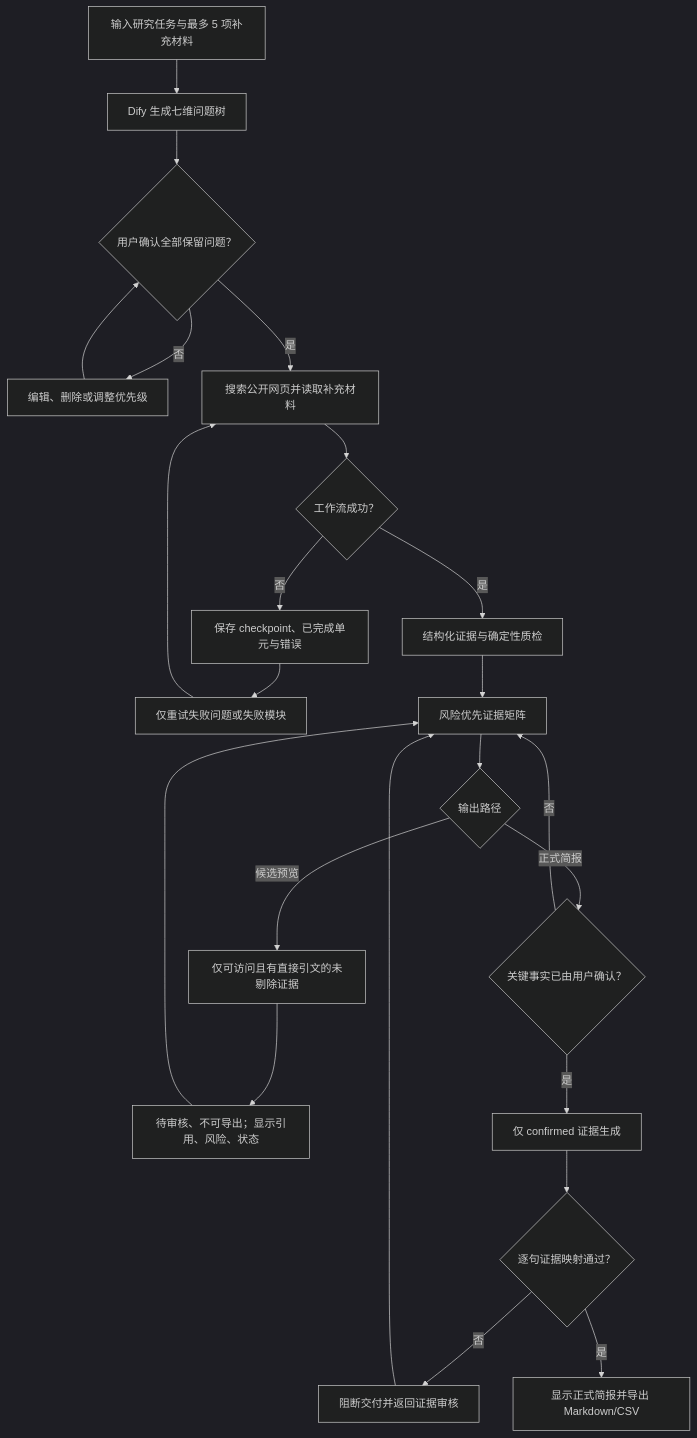
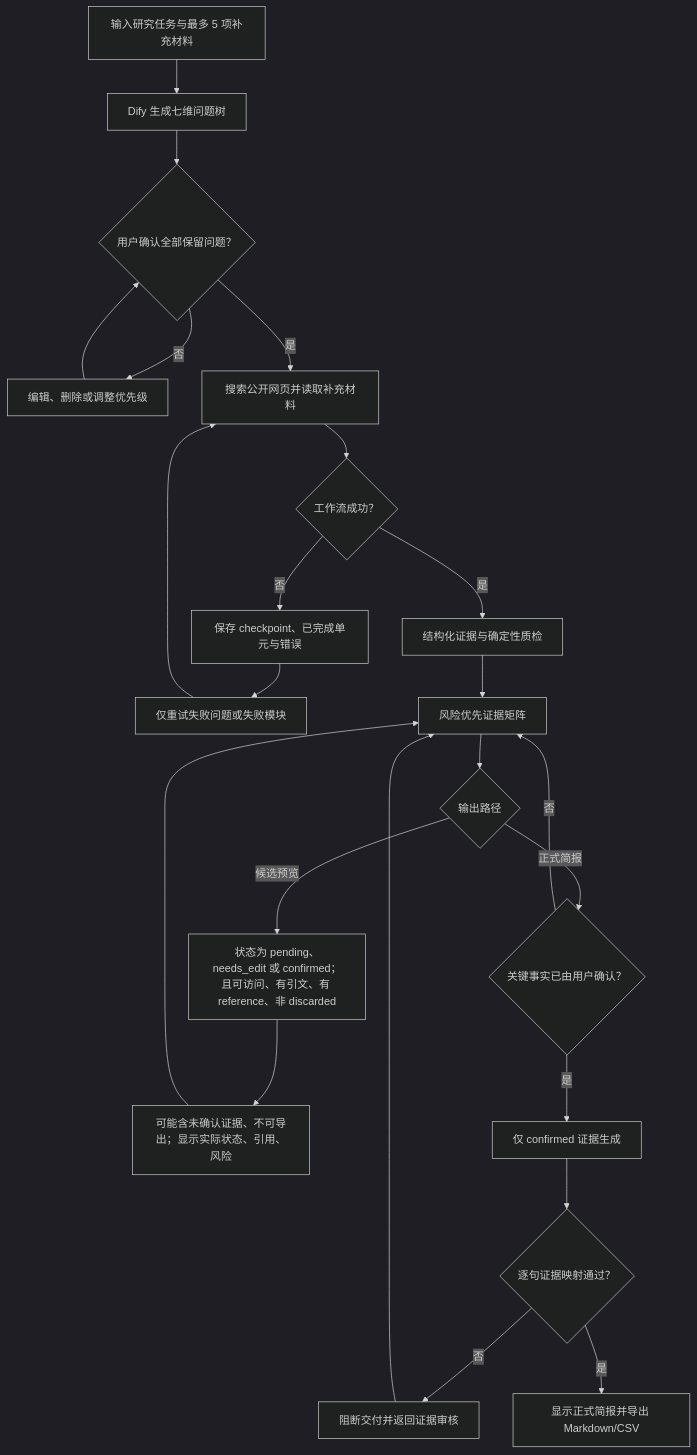
Before and after one commit to yicLionel/embodied-intelligence-research-workbench-mvp: the first of 5 diagrams in outputs/2026-08-11-embodied-intelligence-product-development-document.md, drawn with Mermaid (dark theme). The commit also changed other lines of this file, not shown here.

````diff
--- a/outputs/2026-08-11-embodied-intelligence-product-development-document.md
+++ b/outputs/2026-08-11-embodied-intelligence-product-development-document.md
@@ -179,25 +179,25 @@
 ```mermaid
 flowchart TD
     A["输入研究任务与最多 5 项补充材料"] --> B["Dify 生成七维问题树"]
     B --> C{"用户确认全部保留问题？"}
     C -- "否" --> D["编辑、删除或调整优先级"]
     D --> C
     C -- "是" --> E["搜索公开网页并读取补充材料"]
     E --> F{"工作流成功？"}
     F -- "否" --> G["保存 checkpoint、已完成单元与错误"]
     G --> H["仅重试失败问题或失败模块"]
     H --> E
     F -- "是" --> I["结构化证据与确定性质检"]
     I --> J["风险优先证据矩阵"]
     J --> K{"输出路径"}
-    K -- "候选预览" --> L["仅可访问且有直接引文的未剔除证据"]
-    L --> M["待审核、不可导出；显示引用、风险、状态"]
+    K -- "候选预览" --> L["状态为 pending、needs_edit 或 confirmed；且可访问、有引文、有 reference、非 discarded"]
+    L --> M["可能含未确认证据、不可导出；显示实际状态、引用、风险"]
     M --> J
     K -- "正式简报" --> N{"关键事实已由用户确认？"}
     N -- "否" --> J
     N -- "是" --> O["仅 confirmed 证据生成"]
     O --> P{"逐句证据映射通过？"}
     P -- "否" --> Q["阻断交付并返回证据审核"]
     Q --> J
     P -- "是" --> R["显示正式简报并导出 Markdown/CSV"]
 ```
````
